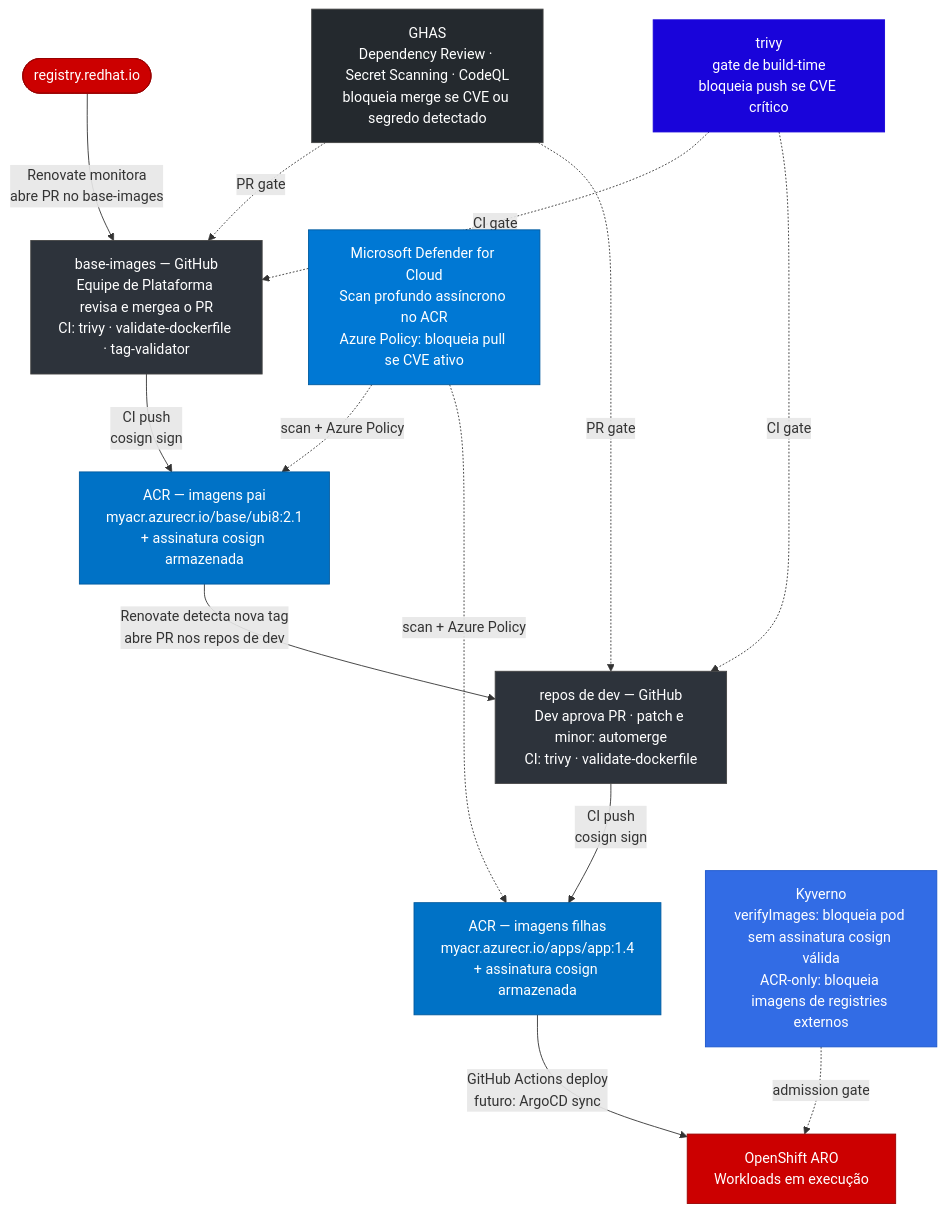
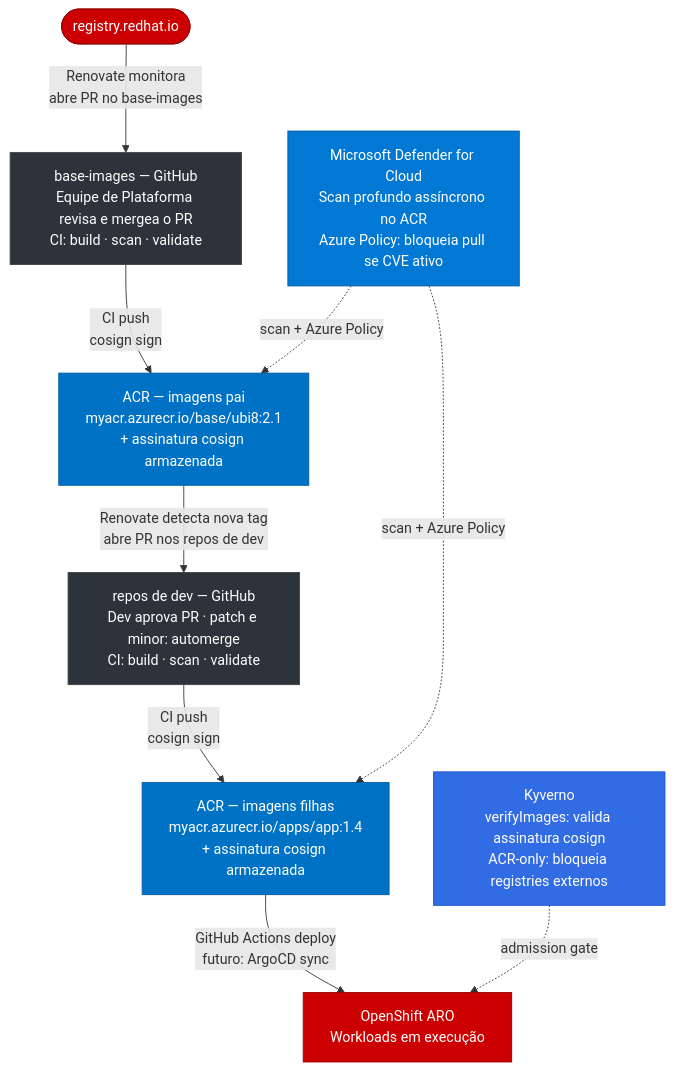
The diagram in image-lifecycle.md (welbsterhansi/renovate), drawn with Mermaid before and after one commit.

Commit message:
docs: remove GHAS e trivy do diagrama Mermaid para simplificar visão global

````diff
--- a/image-lifecycle.md
+++ b/image-lifecycle.md
@@ -88,47 +88,37 @@
 ```mermaid
 flowchart TD
     RH(["registry.redhat.io"])
 
-    BI["base-images — GitHub\nEquipe de Plataforma revisa e mergea o PR\nCI: trivy · validate-dockerfile · tag-validator"]
+    BI["base-images — GitHub\nEquipe de Plataforma revisa e mergea o PR\nCI: build · scan · validate"]
 
     ACRP["ACR — imagens pai\nmyacr.azurecr.io/base/ubi8:2.1\n+ assinatura cosign armazenada"]
 
-    DEV["repos de dev — GitHub\nDev aprova PR · patch e minor: automerge\nCI: trivy · validate-dockerfile"]
+    DEV["repos de dev — GitHub\nDev aprova PR · patch e minor: automerge\nCI: build · scan · validate"]
 
     ACRF["ACR — imagens filhas\nmyacr.azurecr.io/apps/app:1.4\n+ assinatura cosign armazenada"]
 
     OCP["OpenShift ARO\nWorkloads em execução"]
 
-    GHAS["GHAS\nDependency Review · Secret Scanning · CodeQL\nbloqueia merge se CVE ou segredo detectado"]
-
-    TRIVY["trivy\ngate de build-time\nbloqueia push se CVE crítico"]
-
     DEFENDER["Microsoft Defender for Cloud\nScan profundo assíncrono no ACR\nAzure Policy: bloqueia pull se CVE ativo"]
 
-    KYVERNO["Kyverno\nverifyImages: bloqueia pod sem assinatura cosign válida\nACR-only: bloqueia imagens de registries externos"]
+    KYVERNO["Kyverno\nverifyImages: valida assinatura cosign\nACR-only: bloqueia registries externos"]
 
     RH -->|"Renovate monitora\nabre PR no base-images"| BI
     BI -->|"CI push\ncosign sign"| ACRP
     ACRP -->|"Renovate detecta nova tag\nabre PR nos repos de dev"| DEV
     DEV -->|"CI push\ncosign sign"| ACRF
     ACRF -->|"GitHub Actions deploy\nfuturo: ArgoCD sync"| OCP
 
-    GHAS -. "PR gate" .-> BI
-    GHAS -. "PR gate" .-> DEV
-    TRIVY -. "CI gate" .-> BI
-    TRIVY -. "CI gate" .-> DEV
     DEFENDER -. "scan + Azure Policy" .-> ACRP
     DEFENDER -. "scan + Azure Policy" .-> ACRF
     KYVERNO -. "admission gate" .-> OCP
 
     style RH fill:#cc0000,color:#fff,stroke:#990000
     style BI fill:#2d333b,color:#fff,stroke:#444
     style ACRP fill:#0072c6,color:#fff,stroke:#005a9e
     style DEV fill:#2d333b,color:#fff,stroke:#444
     style ACRF fill:#0072c6,color:#fff,stroke:#005a9e
     style OCP fill:#c00,color:#fff,stroke:#900
-    style GHAS fill:#24292e,color:#fff,stroke:#444
-    style TRIVY fill:#1904da,color:#fff,stroke:#1904da
     style DEFENDER fill:#0078d4,color:#fff,stroke:#005a9e
     style KYVERNO fill:#326ce5,color:#fff,stroke:#1a56cc
 ```
````
